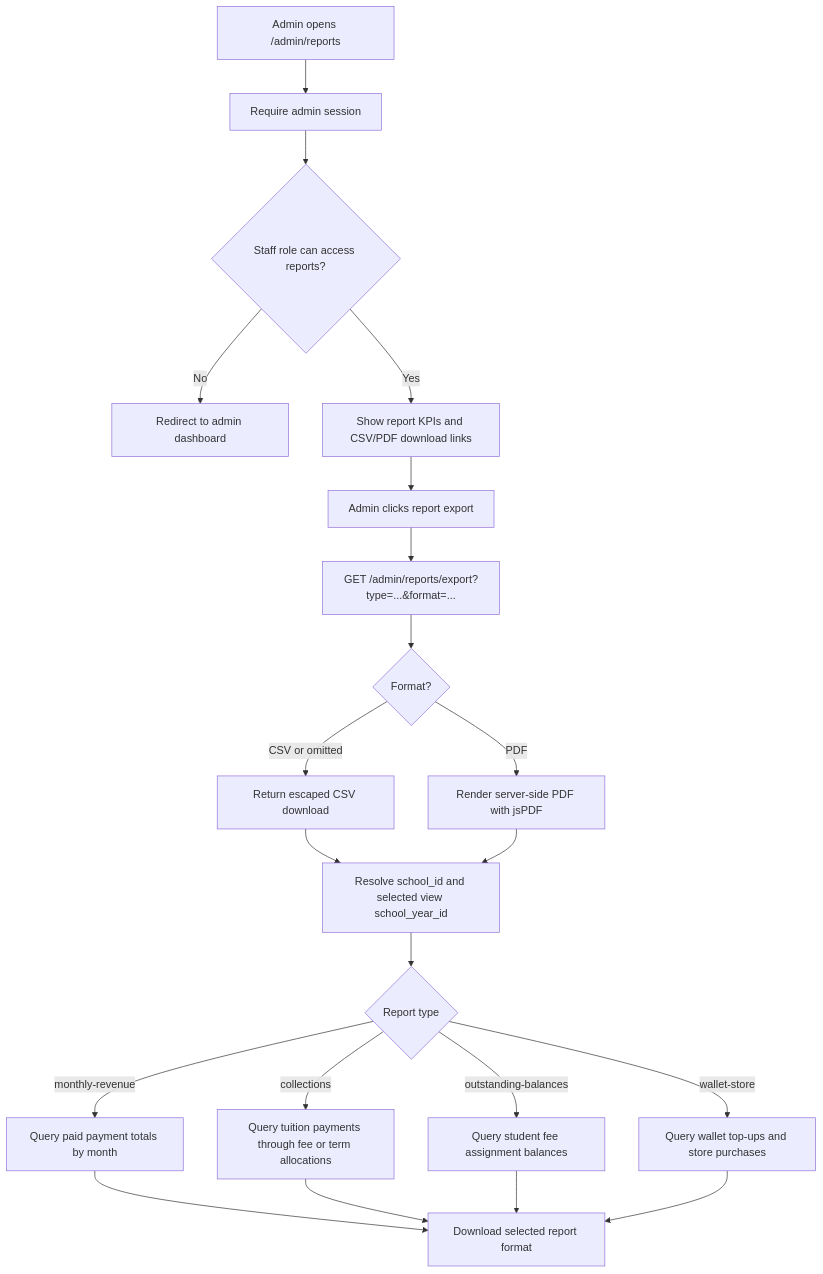
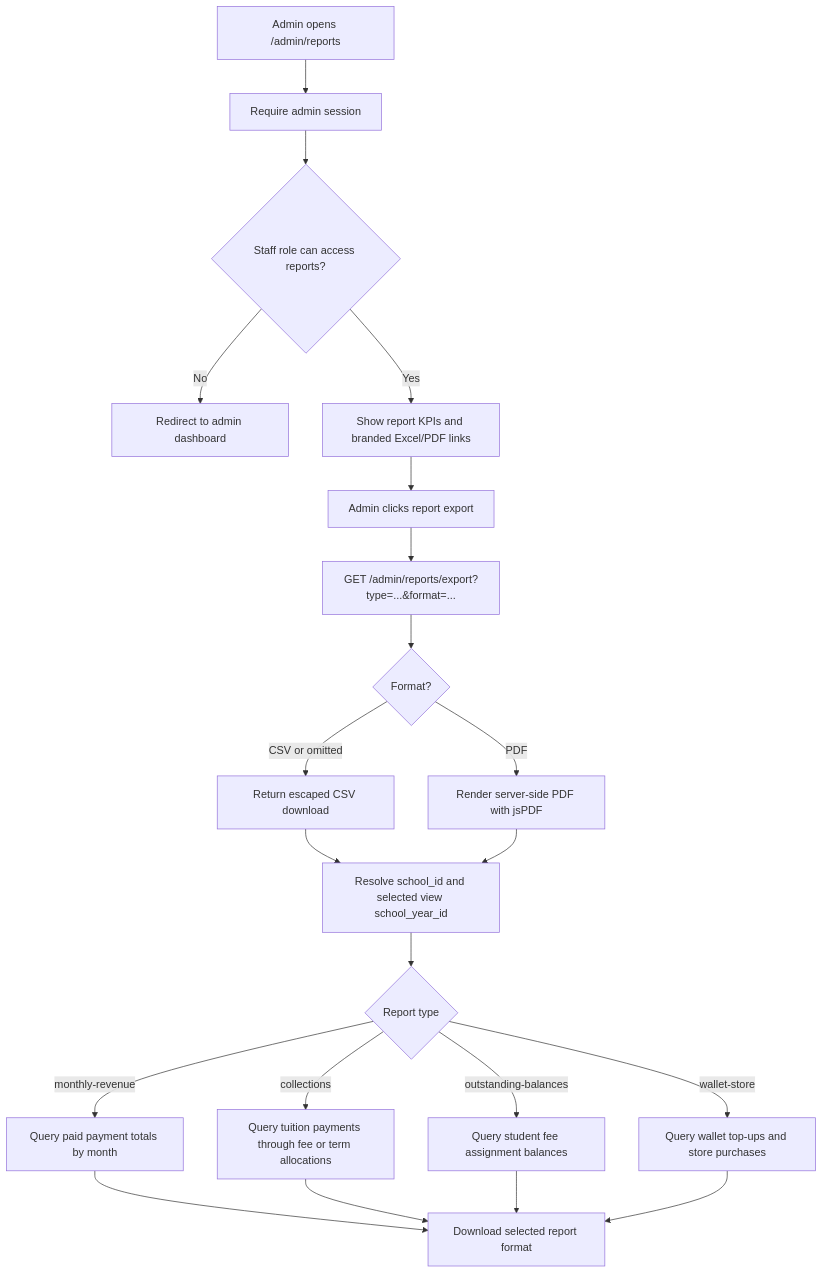
One commit to Xeyn19/xmetapay changed diagram 20 of 22 in docs/PROJECT_FLOWCHARTS.md. Above: the diagram before and after it, drawn with Mermaid. The commit also changed other lines of this file and 27 other files, not shown here.

````diff
--- a/docs/PROJECT_FLOWCHARTS.md
+++ b/docs/PROJECT_FLOWCHARTS.md
@@ -711,23 +711,23 @@
 ```mermaid
 flowchart TD
   A["Admin opens /admin/reports"] --> B["Require admin session"]
   B --> C{"Staff role can access reports?"}
   C -->|No| D["Redirect to admin dashboard"]
-  C -->|Yes| E["Show report KPIs and CSV/PDF download links"]
+  C -->|Yes| E["Show report KPIs and branded Excel/PDF links"]
   E --> F["Admin clicks report export"]
   F --> G["GET /admin/reports/export?type=...&format=..."]
   G --> H{"Format?"}
   H -->|CSV or omitted| I["Return escaped CSV download"]
   H -->|PDF| J["Render server-side PDF with jsPDF"]
   I --> K["Resolve school_id and selected view school_year_id"]
   J --> K
   K --> L{"Report type"}
   L -->|monthly-revenue| M["Query paid payment totals by month"]
   L -->|collections| N["Query tuition payments through fee or term allocations"]
   L -->|outstanding-balances| O["Query student fee assignment balances"]
   L -->|wallet-store| P["Query wallet top-ups and store purchases"]
   M --> Q["Download selected report format"]
   N --> Q
   O --> Q
   P --> Q
 ```
````
